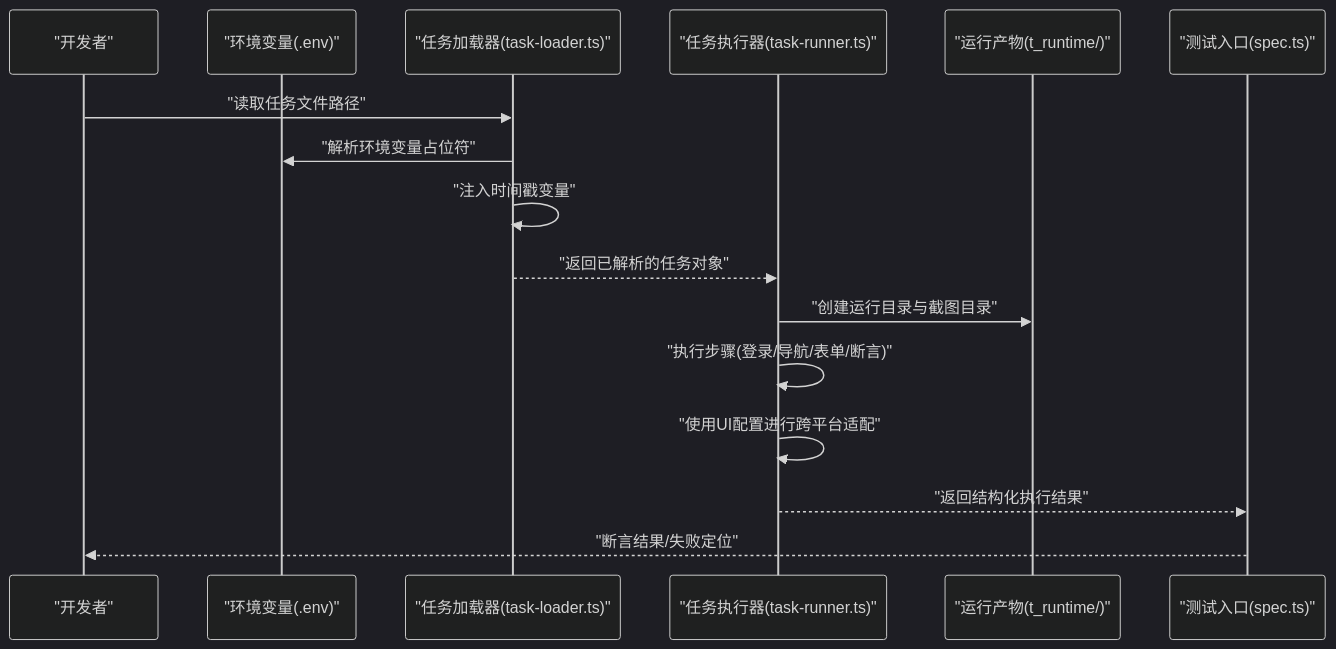
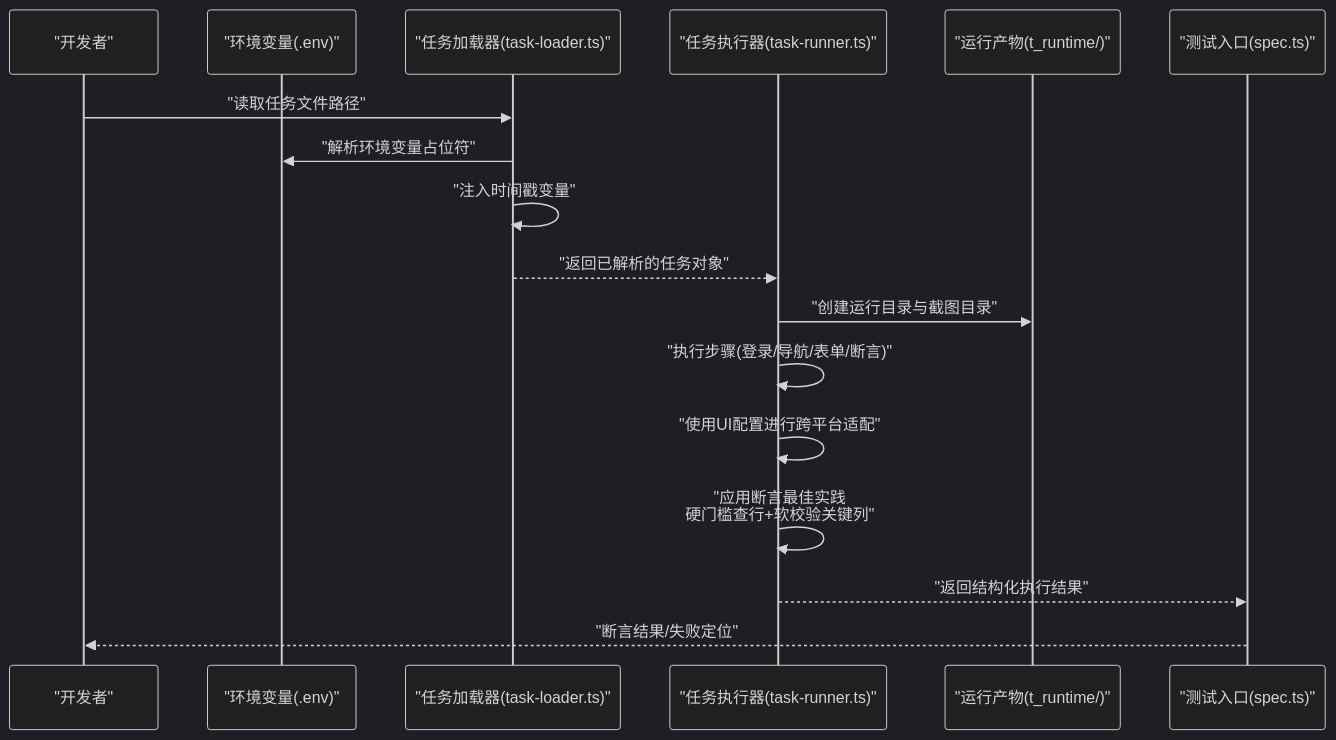
One commit to Jiane-EJ/playwright-mind changed the second of 4 diagrams in .qoder/repowiki/zh/content/任务系统/任务模板使用.md. Above: the diagram before and after it, drawn with Mermaid (dark theme). The commit also changed other lines of this file and 7 other files, not shown here.

````diff
--- a/.qoder/repowiki/zh/content/任务系统/任务模板使用.md
+++ b/.qoder/repowiki/zh/content/任务系统/任务模板使用.md
@@ -107,18 +110,19 @@
 ```mermaid
 sequenceDiagram
 participant Dev as "开发者"
 participant Env as "环境变量(.env)"
 participant Loader as "任务加载器(task-loader.ts)"
 participant Runner as "任务执行器(task-runner.ts)"
 participant Report as "运行产物(t_runtime/)"
 participant Spec as "测试入口(spec.ts)"
 Dev->>Loader : "读取任务文件路径"
 Loader->>Env : "解析环境变量占位符"
 Loader->>Loader : "注入时间戳变量"
 Loader-->>Runner : "返回已解析的任务对象"
 Runner->>Report : "创建运行目录与截图目录"
 Runner->>Runner : "执行步骤(登录/导航/表单/断言)"
 Runner->>Runner : "使用UI配置进行跨平台适配"
+Runner->>Runner : "应用断言最佳实践<br/>硬门槛查行+软校验关键列"
 Runner-->>Spec : "返回结构化执行结果"
 Spec-->>Dev : "断言结果/失败定位"
 ```
````
